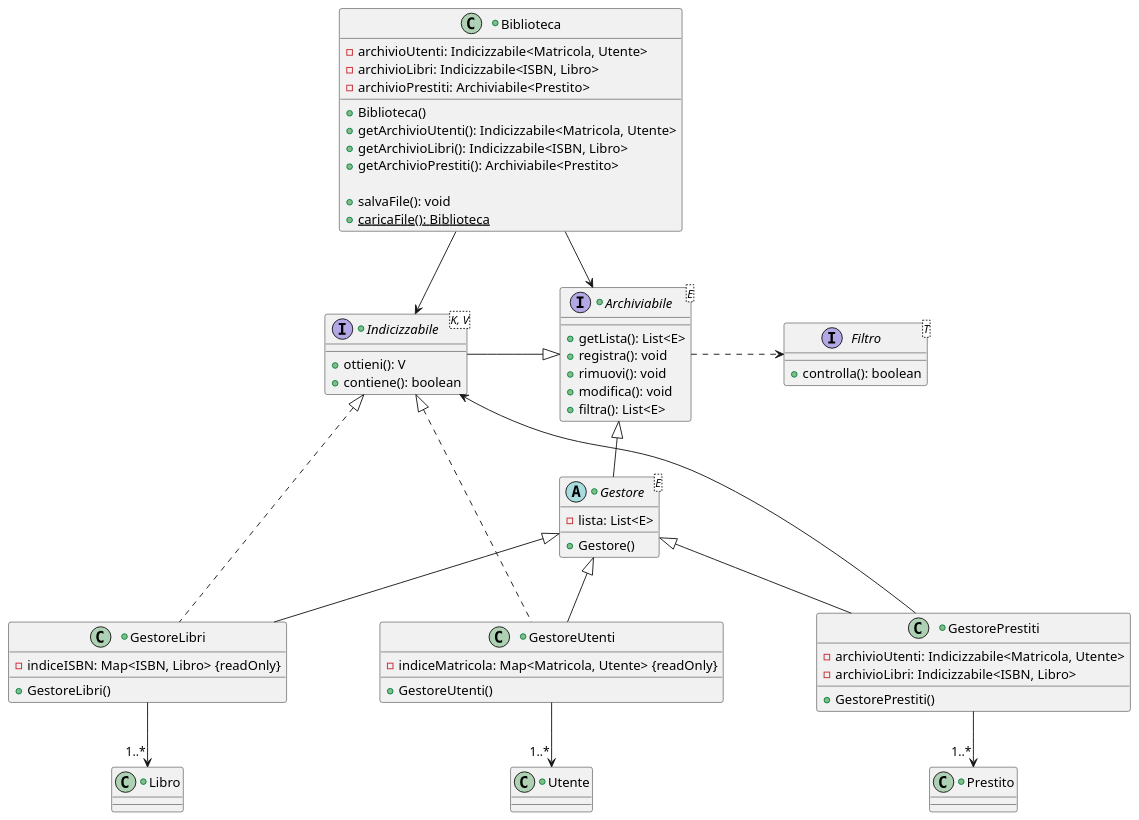
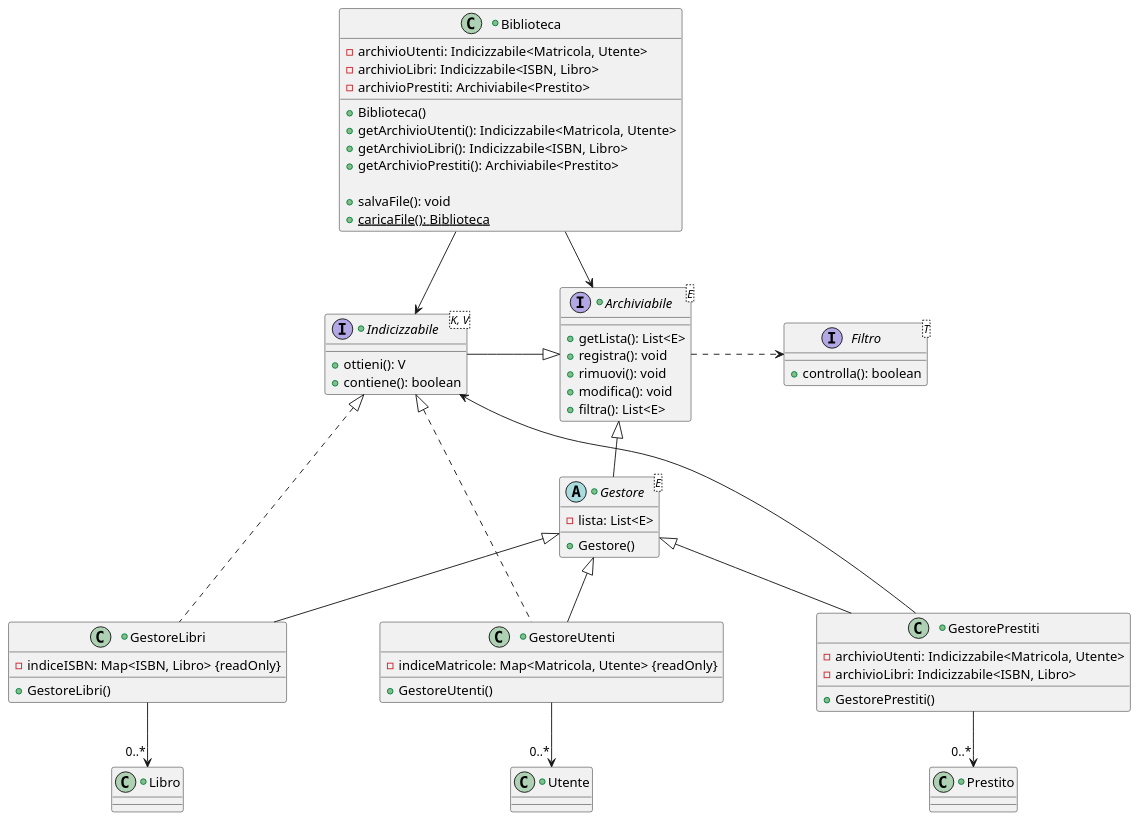
Before and after one commit to Meziu/easylibrary: the diagram in docs/uml/classesGestori.puml, drawn with PlantUML.

Commit message:
Modifiche diagramma delle classi dei gestori

```diff
--- a/docs/uml/classesGestori.puml
+++ b/docs/uml/classesGestori.puml
@@ -1,93 +1,93 @@
 @startuml
 skinparam nodesep 100
 scale 1400*1400
 
 interface Filtro<T> {
     +controlla(): boolean
 }
 
 together {
     +interface Archiviabile<E> {
         +getLista(): List<E>
         +registra(): void
         +rimuovi(): void
         +modifica(): void
         +filtra(): List<E>
     }
 
     +interface Indicizzabile<K, V> {
         +ottieni(): V
         +contiene(): boolean
     }
 }
 
 +class Utente {
 }
 
 +class Libro{
 }
 
 +class Prestito{
 }
 
 
 +class Biblioteca {
     -archivioUtenti: Indicizzabile<Matricola, Utente>
     -archivioLibri: Indicizzabile<ISBN, Libro>
     -archivioPrestiti: Archiviabile<Prestito>
 
     +Biblioteca()
     +getArchivioUtenti(): Indicizzabile<Matricola, Utente>
     +getArchivioLibri(): Indicizzabile<ISBN, Libro>
     +getArchivioPrestiti(): Archiviabile<Prestito>
 
     +salvaFile(): void
     +caricaFile(): Biblioteca {static}
 }
 
 +abstract class Gestore<E> {
     -lista: List<E>
 
     +Gestore()
 }
 
 together {
     +class GestoreLibri extends Gestore {
         -indiceISBN: Map<ISBN, Libro> {readOnly}
 
         +GestoreLibri()
     }
 
 
     +class GestoreUtenti extends Gestore {
-        -indiceMatricola: Map<Matricola, Utente> {readOnly}
+        -indiceMatricole: Map<Matricola, Utente> {readOnly}
 
         +GestoreUtenti()
     }
 
 
     +class GestorePrestiti extends Gestore {
         -archivioUtenti: Indicizzabile<Matricola, Utente>
         -archivioLibri: Indicizzabile<ISBN, Libro>
 
         +GestorePrestiti()
     }
 }
 
 Gestore -up-|> Archiviabile
 
 Biblioteca --> Archiviabile
 Biblioteca --> Indicizzabile
 
 Indicizzabile -right-|> Archiviabile
 Archiviabile .right.> Filtro
 
 GestoreLibri .up.|> Indicizzabile
 GestoreUtenti .up.|> Indicizzabile
 
 GestorePrestiti -left-> Indicizzabile
 
-GestoreUtenti --> "1..*" Utente
-GestoreLibri --> "1..*" Libro
-GestorePrestiti --> "1..*" Prestito
+GestoreUtenti --> "0..*" Utente
+GestoreLibri --> "0..*" Libro
+GestorePrestiti --> "0..*" Prestito
 @enduml
```
